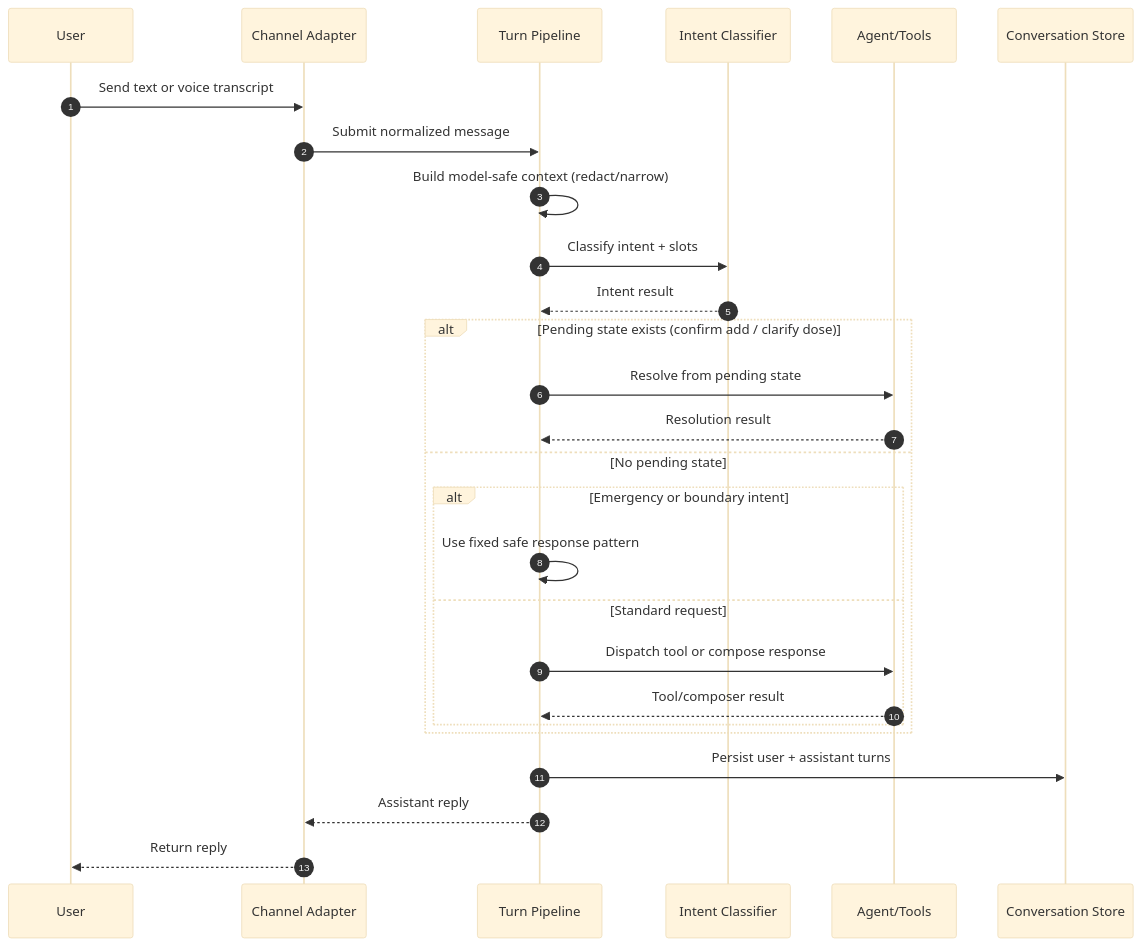
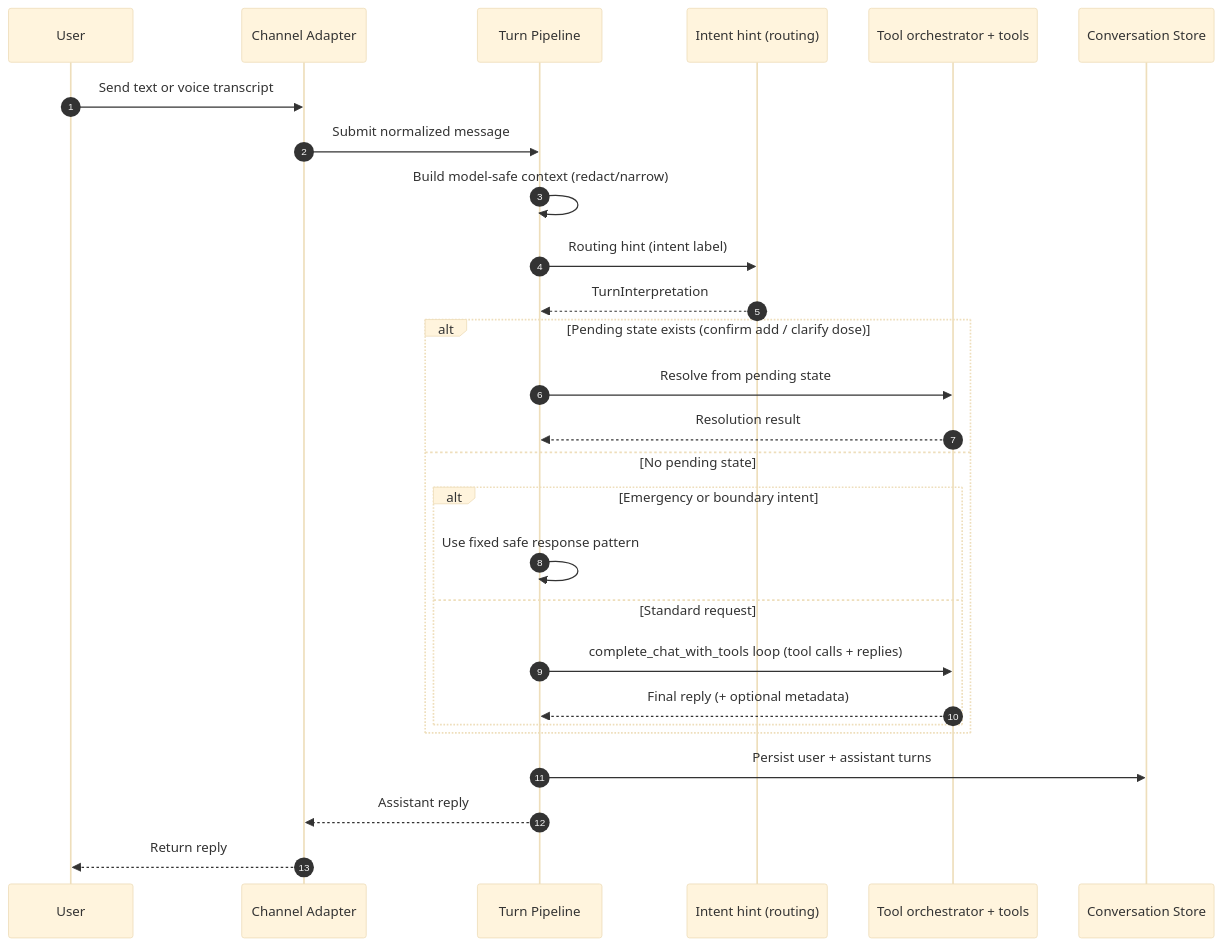
One commit to israkir/medbuddy changed the third of 8 diagrams in docs/tdd.md. Above: the diagram before and after it, drawn with Mermaid (base theme). The commit also changed other lines of this file and 48 other files, not shown here.

First line of the commit message:
feat(backend): LLM tool orchestrator for medication assistant

````diff
--- a/docs/tdd.md
+++ b/docs/tdd.md
@@ -112,32 +112,32 @@
 ```mermaid
 sequenceDiagram
   autonumber
   participant U as User
   participant CH as Channel Adapter
   participant PL as Turn Pipeline
-  participant CL as Intent Classifier
-  participant AG as Agent/Tools
+  participant CL as Intent hint (routing)
+  participant AG as Tool orchestrator + tools
   participant ST as Conversation Store
 
   U->>CH: Send text or voice transcript
   CH->>PL: Submit normalized message
   PL->>PL: Build model-safe context (redact/narrow)
-  PL->>CL: Classify intent + slots
-  CL-->>PL: Intent result
+  PL->>CL: Routing hint (intent label)
+  CL-->>PL: TurnInterpretation
 
   alt Pending state exists (confirm add / clarify dose)
     PL->>AG: Resolve from pending state
     AG-->>PL: Resolution result
   else No pending state
     alt Emergency or boundary intent
       PL->>PL: Use fixed safe response pattern
     else Standard request
-      PL->>AG: Dispatch tool or compose response
-      AG-->>PL: Tool/composer result
+      PL->>AG: complete_chat_with_tools loop (tool calls + replies)
+      AG-->>PL: Final reply (+ optional metadata)
     end
   end
 
   PL->>ST: Persist user + assistant turns
   PL-->>CH: Assistant reply
   CH-->>U: Return reply
 ```
````
